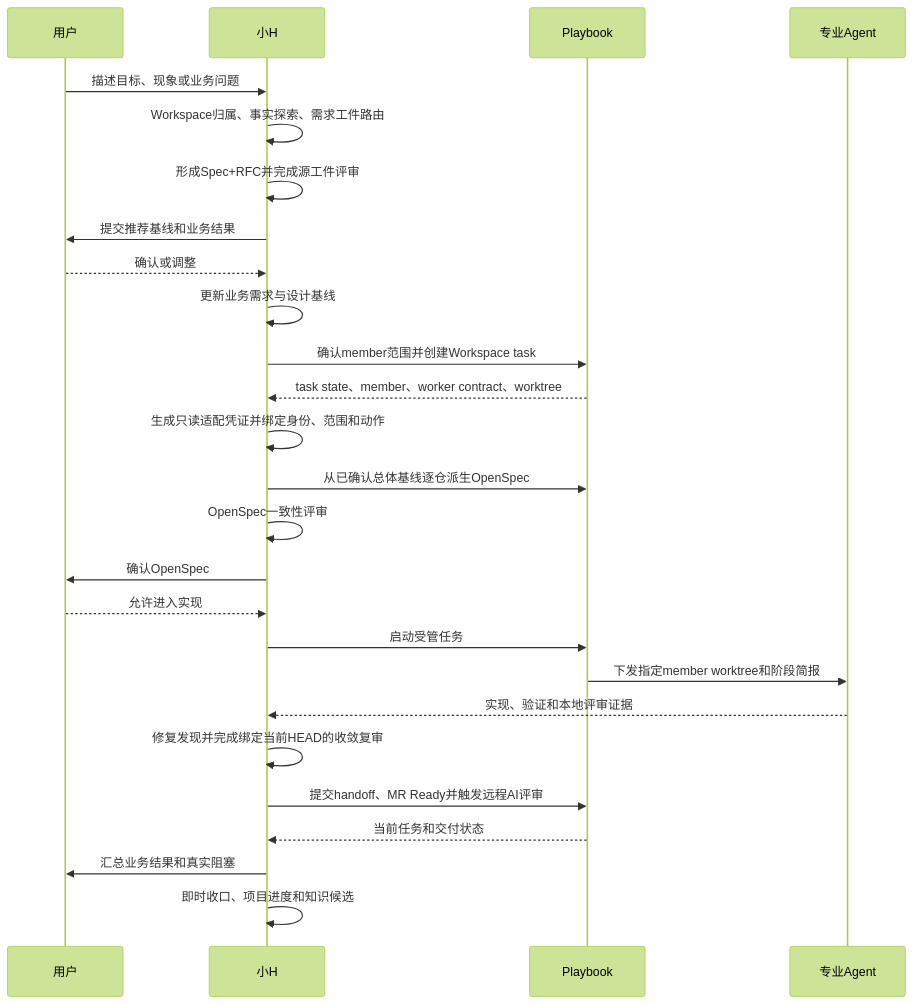
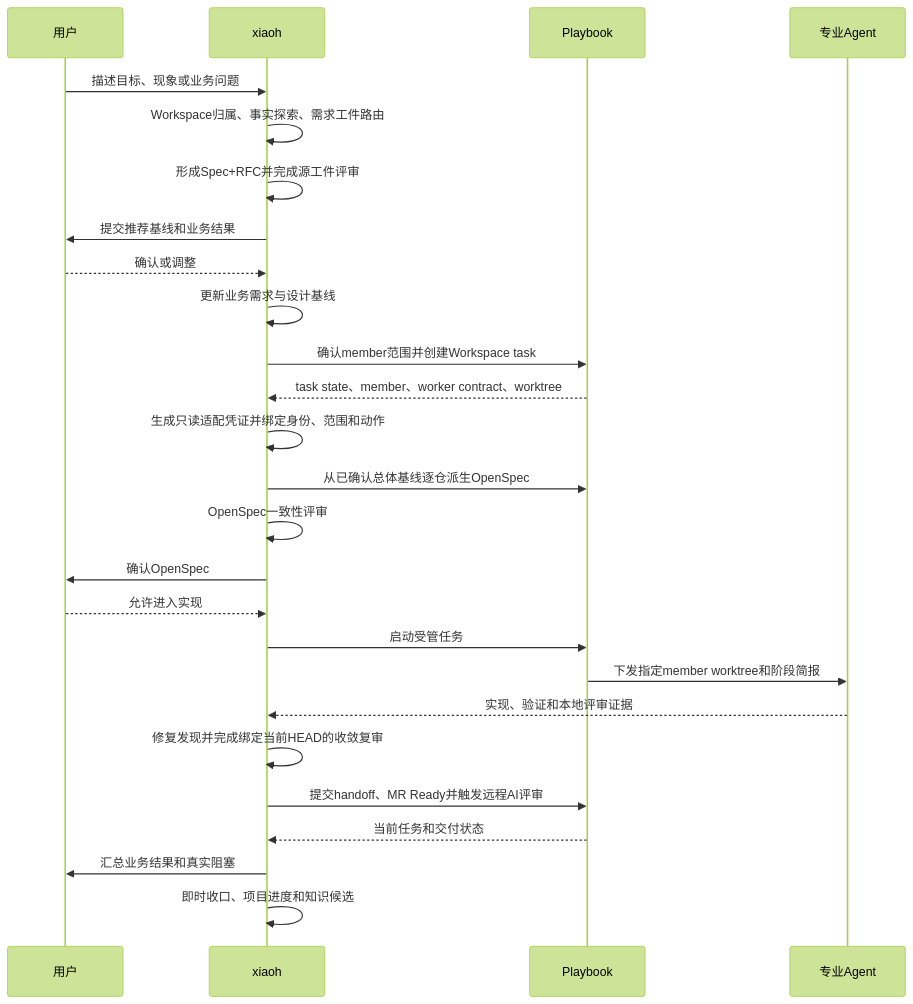
Before and after one commit to winnnnnnk/littleH: the diagram in docs/xiaoh-playbook-relationship.md, drawn with Mermaid (forest theme). The commit also changed other lines of this file and 56 other files, not shown here.

````diff
--- a/docs/xiaoh-playbook-relationship.md
+++ b/docs/xiaoh-playbook-relationship.md
@@ -82,29 +82,29 @@
 ```mermaid
 sequenceDiagram
     participant U as 用户
-    participant H as 小H
+    participant H as xiaoh
     participant P as Playbook
     participant A as 专业Agent
 
     U->>H: 描述目标、现象或业务问题
     H->>H: Workspace归属、事实探索、需求工件路由
     H->>H: 形成Spec+RFC并完成源工件评审
     H->>U: 提交推荐基线和业务结果
     U-->>H: 确认或调整
     H->>H: 更新业务需求与设计基线
     H->>P: 确认member范围并创建Workspace task
     P-->>H: task state、member、worker contract、worktree
     H->>H: 生成只读适配凭证并绑定身份、范围和动作
     H->>P: 从已确认总体基线逐仓派生OpenSpec
     H->>H: OpenSpec一致性评审
     H->>U: 确认OpenSpec
     U-->>H: 允许进入实现
     H->>P: 启动受管任务
     P->>A: 下发指定member worktree和阶段简报
     A-->>H: 实现、验证和本地评审证据
     H->>H: 修复发现并完成绑定当前HEAD的收敛复审
     H->>P: 提交handoff、MR Ready并触发远程AI评审
     P-->>H: 当前任务和交付状态
     H->>U: 汇总业务结果和真实阻塞
     H->>H: 即时收口、项目进度和知识候选
 ```
````
